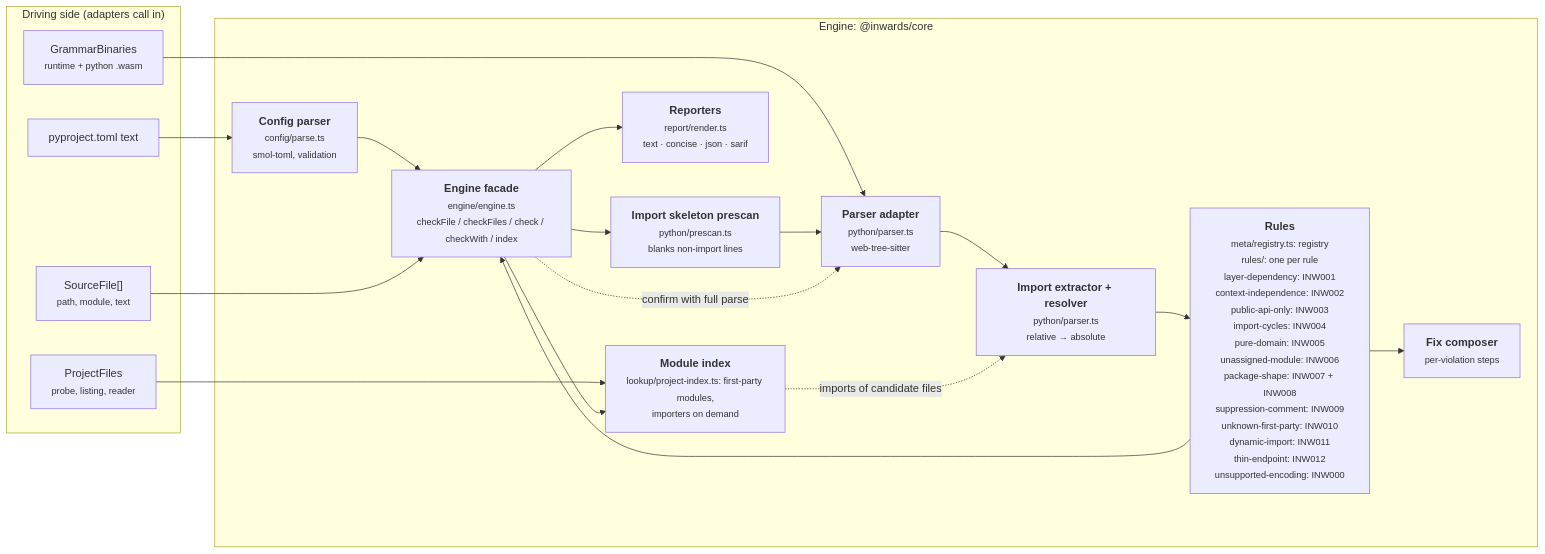
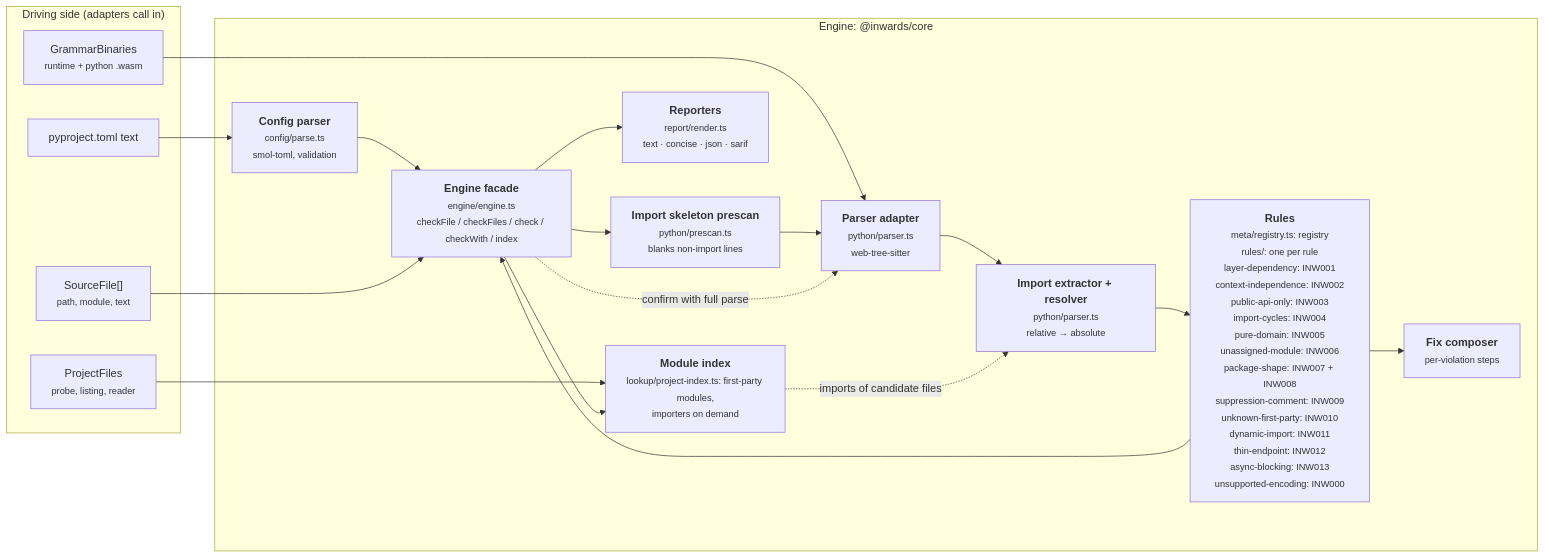
One commit to SirCypkowskyy/inwards changed the third of 6 diagrams in docs/chapters/03-Architecture-C4.md. Above: the diagram before and after it, drawn with Mermaid. The commit also changed other lines of this file and 37 other files, not shown here.

First line of the commit message:
feat(rules): add INW013 async-blocking for sync I/O inside async def

````diff
--- a/docs/chapters/03-Architecture-C4.md
+++ b/docs/chapters/03-Architecture-C4.md
@@ -99,33 +99,33 @@
 ```mermaid
 flowchart LR
     subgraph driving["Driving side (adapters call in)"]
         files["SourceFile[]<br/><small>path, module, text</small>"]
         pfiles["ProjectFiles<br/><small>probe, listing, reader</small>"]
         cfgtext["pyproject.toml text"]
         wasm["GrammarBinaries<br/><small>runtime + python .wasm</small>"]
     end
 
     subgraph enginebox["Engine: @inwards/core"]
         config["<b>Config parser</b><br/><small>config/parse.ts<br/>smol-toml, validation</small>"]
         pre["<b>Import skeleton prescan</b><br/><small>python/prescan.ts<br/>blanks non-import lines</small>"]
         parser["<b>Parser adapter</b><br/><small>python/parser.ts<br/>web-tree-sitter</small>"]
         extract["<b>Import extractor + resolver</b><br/><small>python/parser.ts<br/>relative → absolute</small>"]
-        rules["<b>Rules</b><br/><small>meta/registry.ts: registry<br/>rules/: one per rule<br/>layer-dependency: INW001<br/>context-independence: INW002<br/>public-api-only: INW003<br/>import-cycles: INW004<br/>pure-domain: INW005<br/>unassigned-module: INW006<br/>package-shape: INW007 + INW008<br/>suppression-comment: INW009<br/>unknown-first-party: INW010<br/>dynamic-import: INW011<br/>thin-endpoint: INW012<br/>unsupported-encoding: INW000</small>"]
+        rules["<b>Rules</b><br/><small>meta/registry.ts: registry<br/>rules/: one per rule<br/>layer-dependency: INW001<br/>context-independence: INW002<br/>public-api-only: INW003<br/>import-cycles: INW004<br/>pure-domain: INW005<br/>unassigned-module: INW006<br/>package-shape: INW007 + INW008<br/>suppression-comment: INW009<br/>unknown-first-party: INW010<br/>dynamic-import: INW011<br/>thin-endpoint: INW012<br/>async-blocking: INW013<br/>unsupported-encoding: INW000</small>"]
         fix["<b>Fix composer</b><br/><small>per-violation steps</small>"]
         report["<b>Reporters</b><br/><small>report/render.ts<br/>text · concise · json · sarif</small>"]
         engine["<b>Engine facade</b><br/><small>engine/engine.ts<br/>checkFile / checkFiles / check / checkWith / index</small>"]
         modgraph["<b>Module index</b><br/><small>lookup/project-index.ts: first-party modules,<br/>importers on demand</small>"]
     end
 
     cfgtext --> config --> engine
     wasm --> parser
     files --> engine
     engine --> pre --> parser --> extract --> rules
     rules --> fix
     rules --> engine
     engine -. "confirm with full parse" .-> parser
     pfiles --> modgraph
     engine --> modgraph
     modgraph -. "imports of candidate files" .-> extract
     engine --> report
 ```
````
